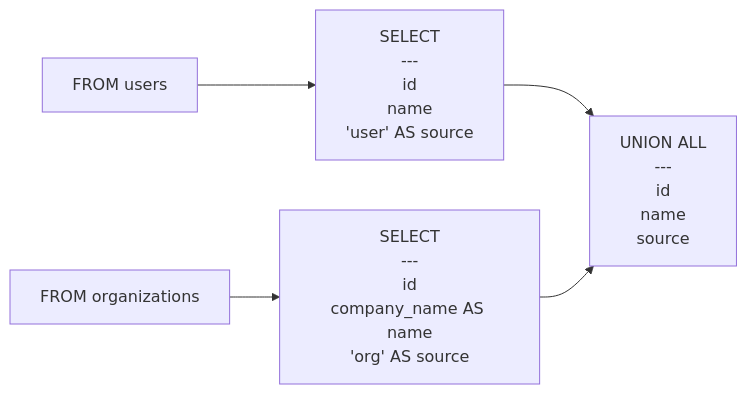
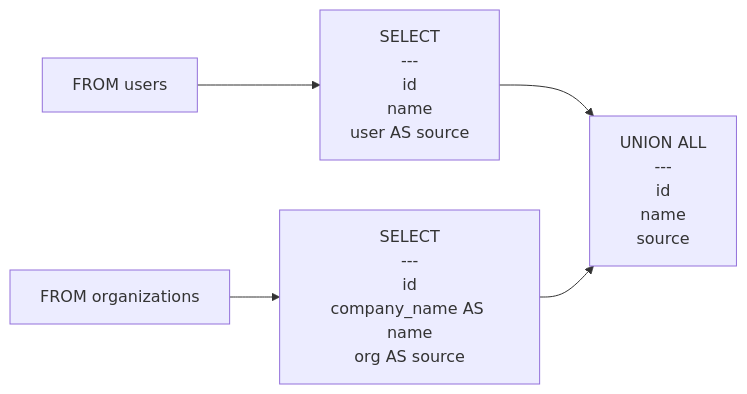
One commit to rot1024/sqloflow changed the diagram in examples/union_query.mmd. Above: the diagram before and after it, drawn with Mermaid. The commit also changed 2 other files, not shown here.

```diff
--- a/examples/union_query.mmd
+++ b/examples/union_query.mmd
@@ -1,10 +1,10 @@
 flowchart LR
     node_0[FROM users]
-    node_1["SELECT<br/>---<br/>id<br/>name<br/>'user' AS source"]
+    node_1["SELECT<br/>---<br/>id<br/>name<br/>user AS source"]
     node_2["UNION ALL<br/>---<br/>id<br/>name<br/>source"]
     node_3[FROM organizations]
-    node_4["SELECT<br/>---<br/>id<br/>company_name AS name<br/>'org' AS source"]
+    node_4["SELECT<br/>---<br/>id<br/>company_name AS name<br/>org AS source"]
     node_0 --> node_1
     node_1 --> node_2
     node_3 --> node_4
     node_4 --> node_2
```
